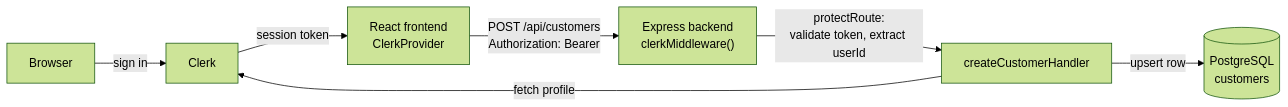
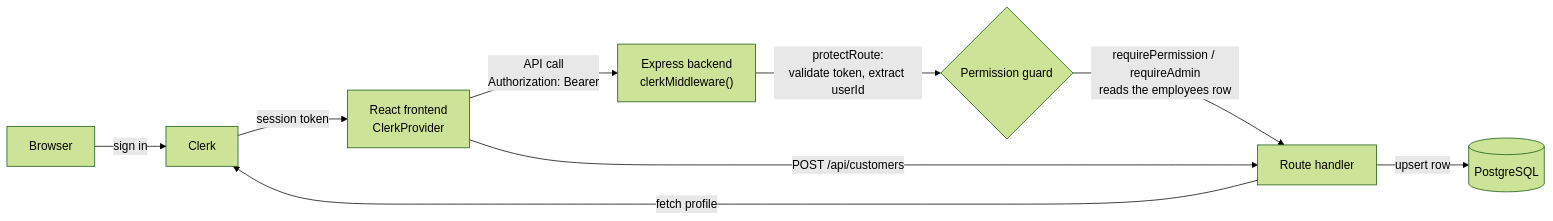
One commit to ThomasDelamort/bullscoffee changed the diagram in README.md. Above: the diagram before and after it, drawn with Mermaid (forest theme). The commit also changed other lines of this file and 4 other files, not shown here.

````diff
--- a/README.md
+++ b/README.md
@@ -227,9 +324,11 @@
 ```mermaid
 flowchart LR
     U["Browser"] -->|"sign in"| C["Clerk"]
     C -->|"session token"| FE["React frontend\nClerkProvider"]
-    FE -->|"POST /api/customers\nAuthorization: Bearer <token>"| BE["Express backend\nclerkMiddleware()"]
-    BE -->|"protectRoute:\nvalidate token, extract userId"| H["createCustomerHandler"]
+    FE -->|"API call\nAuthorization: Bearer <token>"| BE["Express backend\nclerkMiddleware()"]
+    BE -->|"protectRoute:\nvalidate token, extract userId"| G{"Permission guard"}
+    G -->|"requirePermission / requireAdmin\nreads the employees row"| H["Route handler"]
+    FE -->|"POST /api/customers"| H
     H -->|"fetch profile"| C
-    H -->|"upsert row"| DB[("PostgreSQL\ncustomers")]
+    H -->|"upsert row"| DB[("PostgreSQL")]
 ```
````
